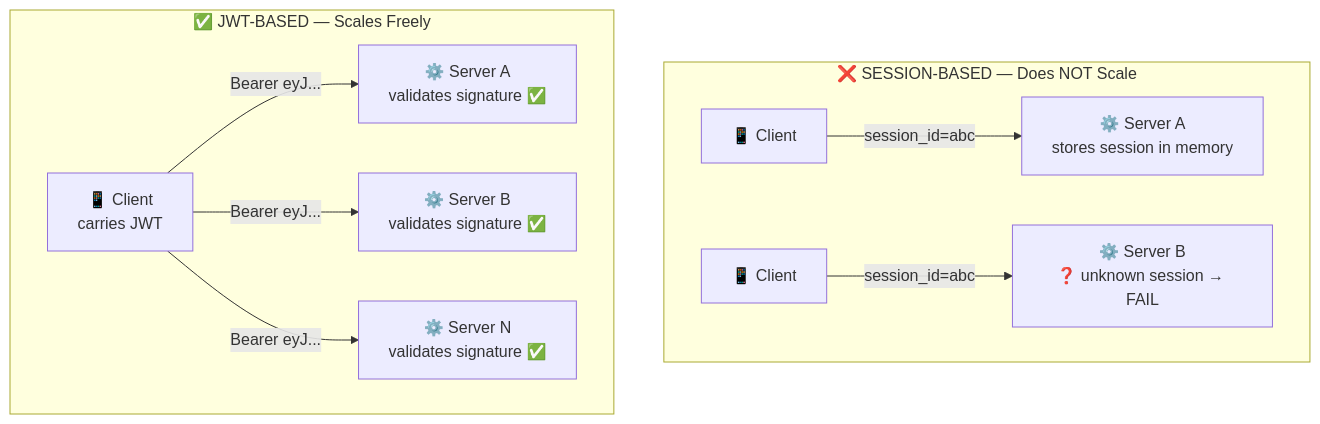
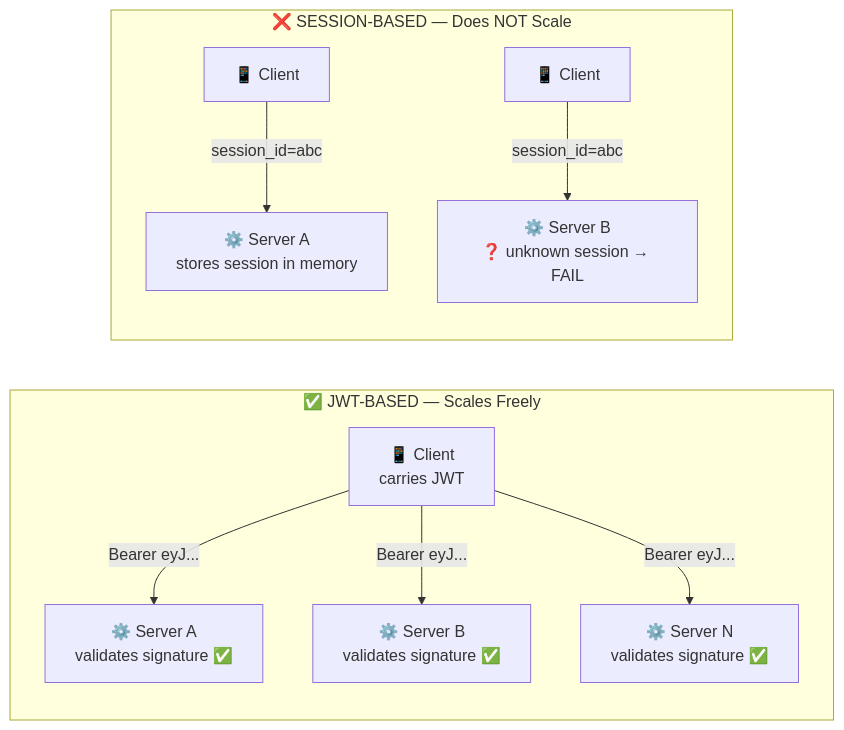
The fourth of 8 diagrams in internal/fundamentals/security-and-observability/01-authn-authz.md (romangurevitch/GoTraining), drawn with Mermaid before and after one commit. The commit also changed other lines of this file and 20 other files, not shown here.

````diff
--- a/internal/fundamentals/security-and-observability/01-authn-authz.md
+++ b/internal/fundamentals/security-and-observability/01-authn-authz.md
@@ -102,13 +102,17 @@
 ```mermaid
-graph TB
+graph TD
     subgraph Stateful["❌ SESSION-BASED — Does NOT Scale"]
+        direction TB
         SC["📱 Client"] -->|"session_id=abc"| SA["⚙️ Server A<br/>stores session in memory"]
         SC2["📱 Client"] -->|"session_id=abc"| SB["⚙️ Server B<br/>❓ unknown session → FAIL"]
     end
 
-    subgraph Stateless["✅ JWT-BASED — Scales Freely"]
+    Stateful ~~~ Stateless_sub
+
+    subgraph Stateless_sub["✅ JWT-BASED — Scales Freely"]
+        direction TB
         JC["📱 Client<br/>carries JWT"] -->|"Bearer eyJ..."| JA["⚙️ Server A<br/>validates signature ✅"]
         JC -->|"Bearer eyJ..."| JB["⚙️ Server B<br/>validates signature ✅"]
         JC -->|"Bearer eyJ..."| JN["⚙️ Server N<br/>validates signature ✅"]
     end
 ```
````
